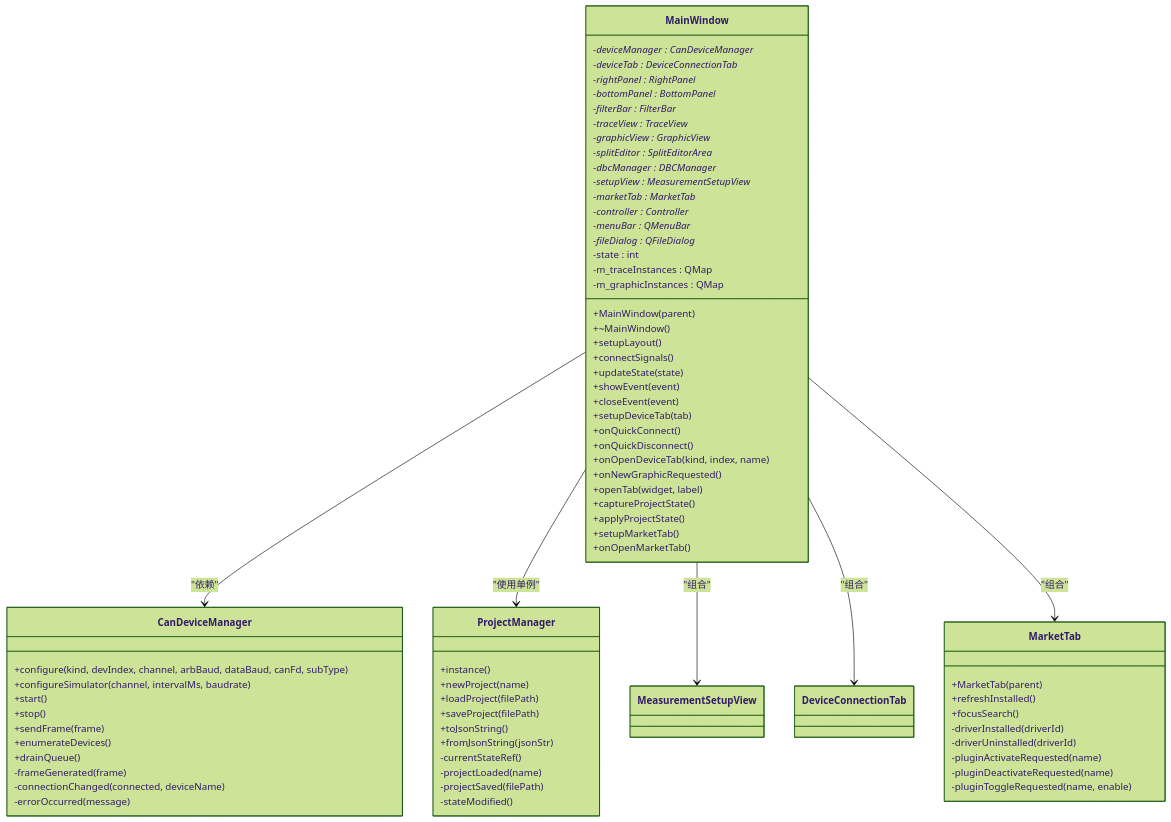
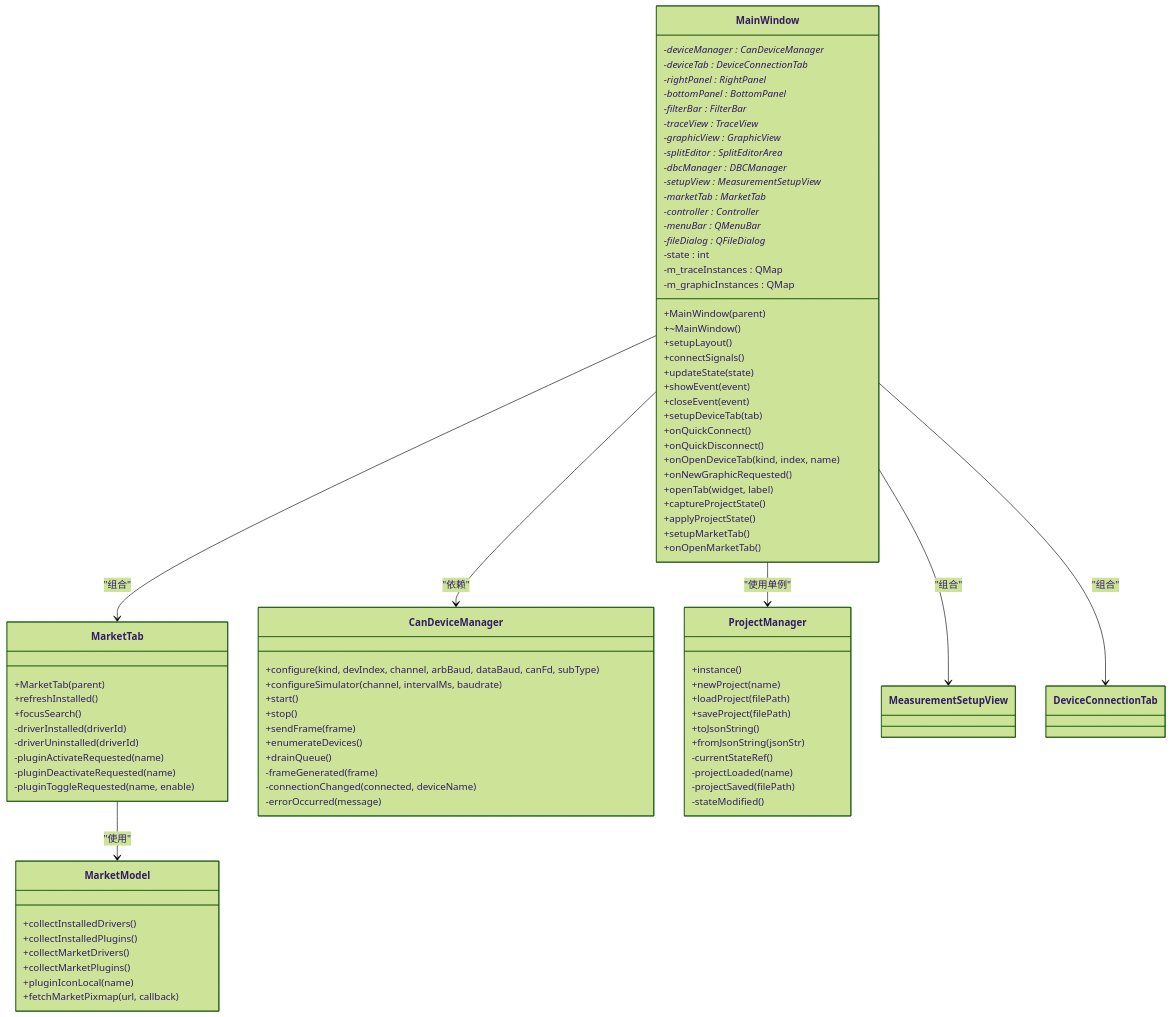
One commit to jakecai1225-design/OpenBus changed the third of 13 diagrams in .qoder/repowiki/zh/content/核心模块详解/主窗口组件.md. Above: the diagram before and after it, drawn with Mermaid (forest theme). The commit also changed other lines of this file and 67 other files, not shown here.

````diff
--- a/.qoder/repowiki/zh/content/核心模块详解/主窗口组件.md
+++ b/.qoder/repowiki/zh/content/核心模块详解/主窗口组件.md
@@ -263,6 +273,14 @@
 -pluginDeactivateRequested(name)
 -pluginToggleRequested(name, enable)
 }
+class MarketModel {
++collectInstalledDrivers()
++collectInstalledPlugins()
++collectMarketDrivers()
++collectMarketPlugins()
++pluginIconLocal(name)
++fetchMarketPixmap(url, callback)
+}
 class CanDeviceManager {
 +configure(kind, devIndex, channel, arbBaud, dataBaud, canFd, subType)
 +configureSimulator(channel, intervalMs, baudrate)
@@ -292,4 +310,5 @@
 MainWindow --> MeasurementSetupView : "组合"
 MainWindow --> DeviceConnectionTab : "组合"
 MainWindow --> MarketTab : "组合"
+MarketTab --> MarketModel : "使用"
 ```
````
